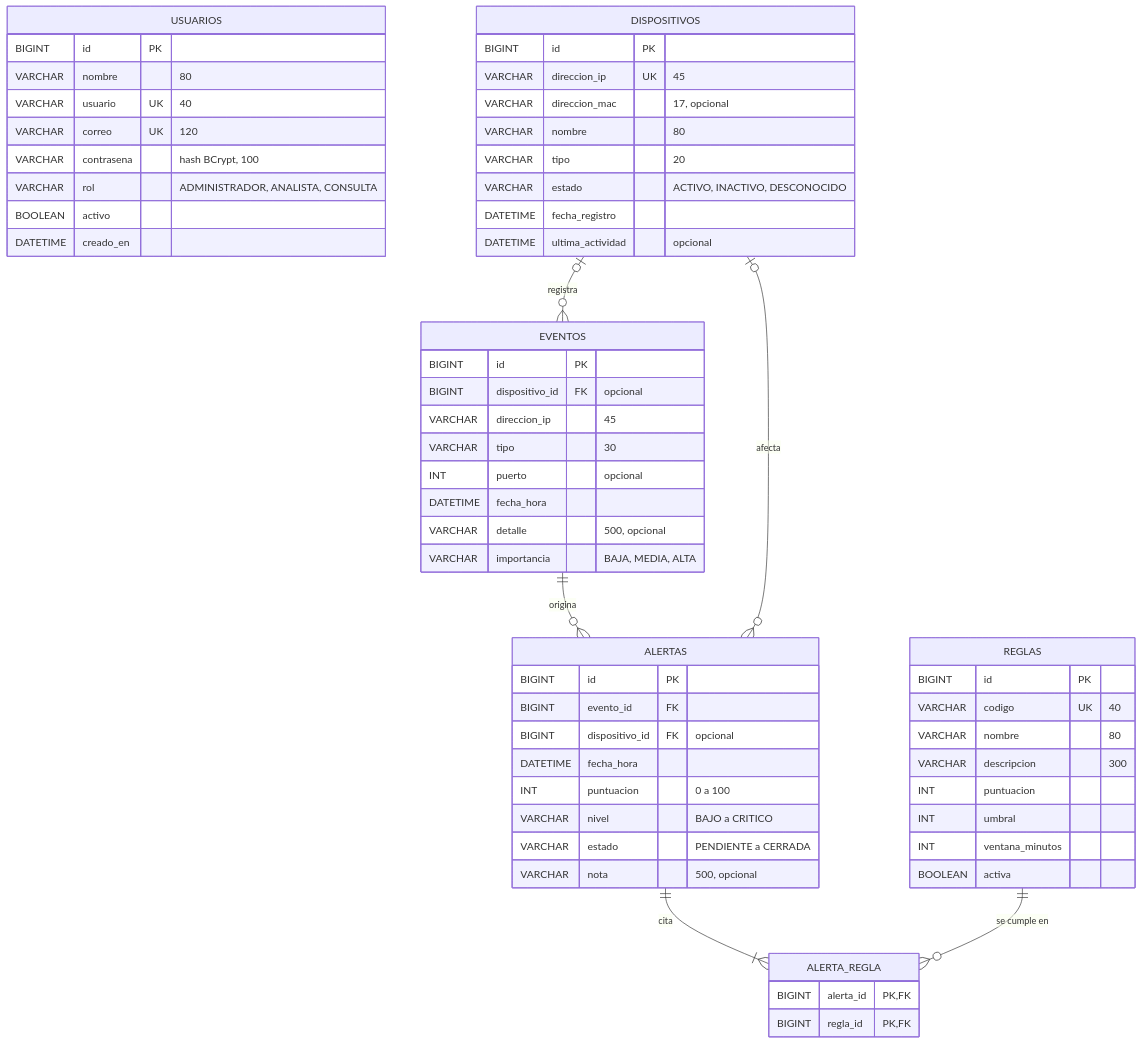
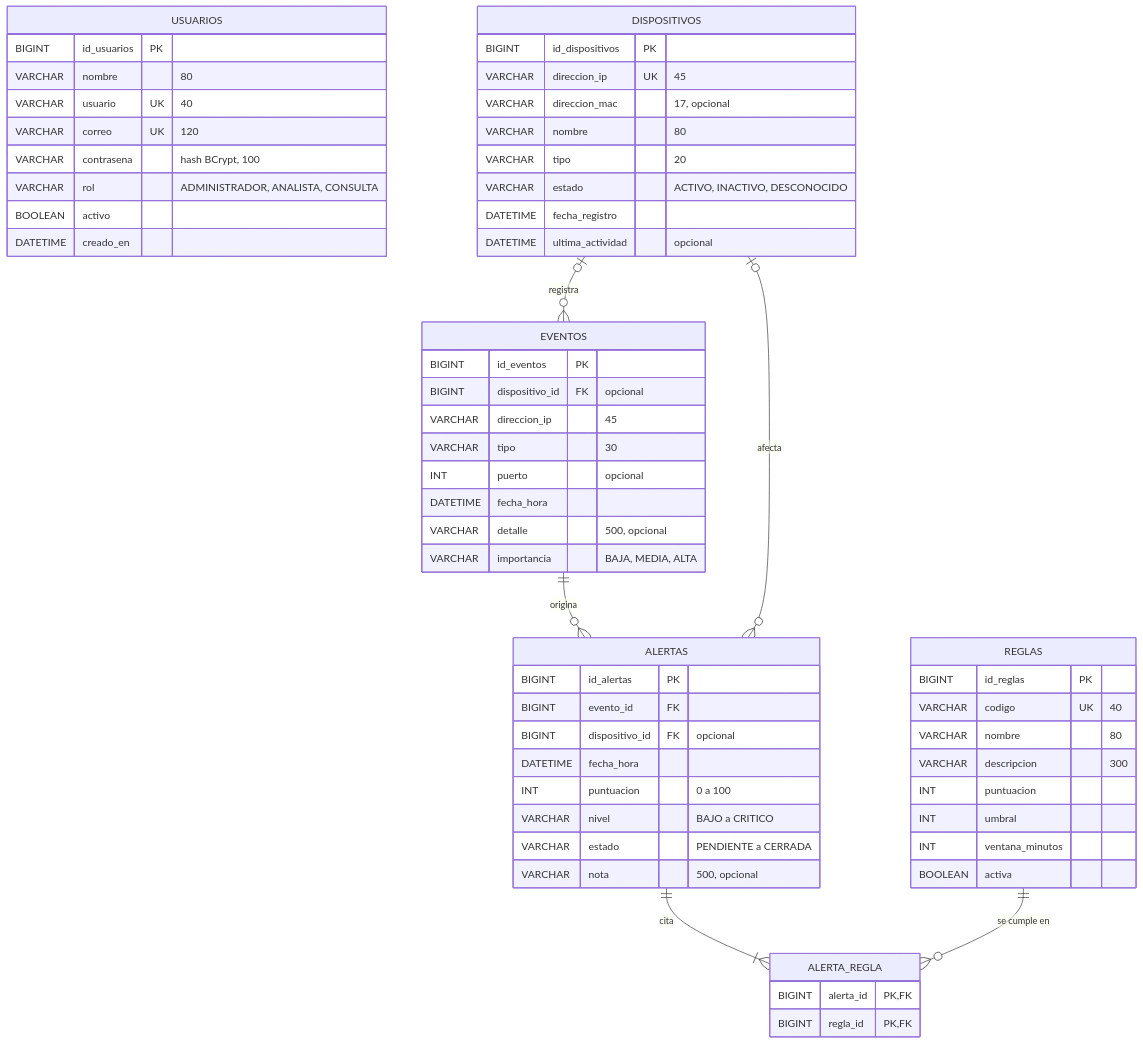
Before and after one commit to velosergio/Cyberguard: the diagram in Docs/img/fuentes/05-entidad-relacion.mmd, drawn with Mermaid. The commit also changed 67 other files, not shown here.

```diff
--- a/Docs/img/fuentes/05-entidad-relacion.mmd
+++ b/Docs/img/fuentes/05-entidad-relacion.mmd
@@ -1,60 +1,60 @@
 erDiagram
     USUARIOS {
-        BIGINT id PK
+        BIGINT id_usuarios PK
         VARCHAR nombre "80"
         VARCHAR usuario UK "40"
         VARCHAR correo UK "120"
         VARCHAR contrasena "hash BCrypt, 100"
         VARCHAR rol "ADMINISTRADOR, ANALISTA, CONSULTA"
         BOOLEAN activo
         DATETIME creado_en
     }
     DISPOSITIVOS {
-        BIGINT id PK
+        BIGINT id_dispositivos PK
         VARCHAR direccion_ip UK "45"
         VARCHAR direccion_mac "17, opcional"
         VARCHAR nombre "80"
         VARCHAR tipo "20"
         VARCHAR estado "ACTIVO, INACTIVO, DESCONOCIDO"
         DATETIME fecha_registro
         DATETIME ultima_actividad "opcional"
     }
     EVENTOS {
-        BIGINT id PK
+        BIGINT id_eventos PK
         BIGINT dispositivo_id FK "opcional"
         VARCHAR direccion_ip "45"
         VARCHAR tipo "30"
         INT puerto "opcional"
         DATETIME fecha_hora
         VARCHAR detalle "500, opcional"
         VARCHAR importancia "BAJA, MEDIA, ALTA"
     }
     REGLAS {
-        BIGINT id PK
+        BIGINT id_reglas PK
         VARCHAR codigo UK "40"
         VARCHAR nombre "80"
         VARCHAR descripcion "300"
         INT puntuacion
         INT umbral
         INT ventana_minutos
         BOOLEAN activa
     }
     ALERTAS {
-        BIGINT id PK
+        BIGINT id_alertas PK
         BIGINT evento_id FK
         BIGINT dispositivo_id FK "opcional"
         DATETIME fecha_hora
         INT puntuacion "0 a 100"
         VARCHAR nivel "BAJO a CRITICO"
         VARCHAR estado "PENDIENTE a CERRADA"
         VARCHAR nota "500, opcional"
     }
     ALERTA_REGLA {
         BIGINT alerta_id PK, FK
         BIGINT regla_id PK, FK
     }
     DISPOSITIVOS |o--o{ EVENTOS : "registra"
     EVENTOS ||--o{ ALERTAS : "origina"
     DISPOSITIVOS |o--o{ ALERTAS : "afecta"
     ALERTAS ||--|{ ALERTA_REGLA : "cita"
     REGLAS ||--o{ ALERTA_REGLA : "se cumple en"
```
